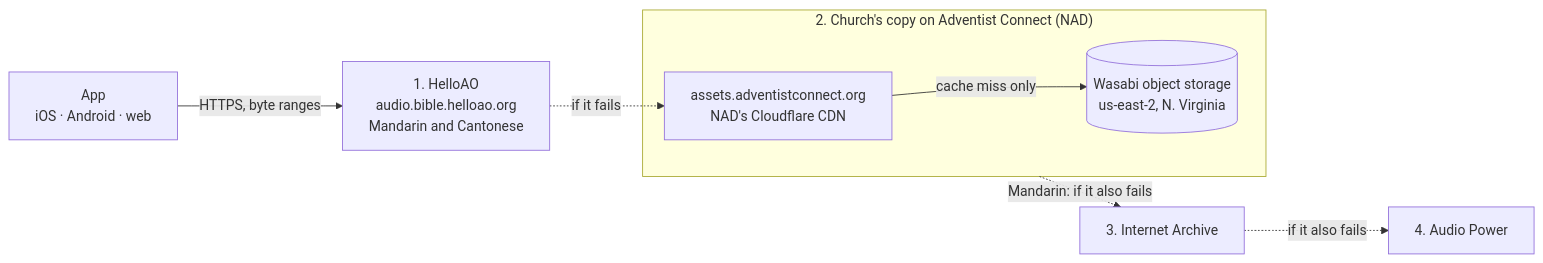
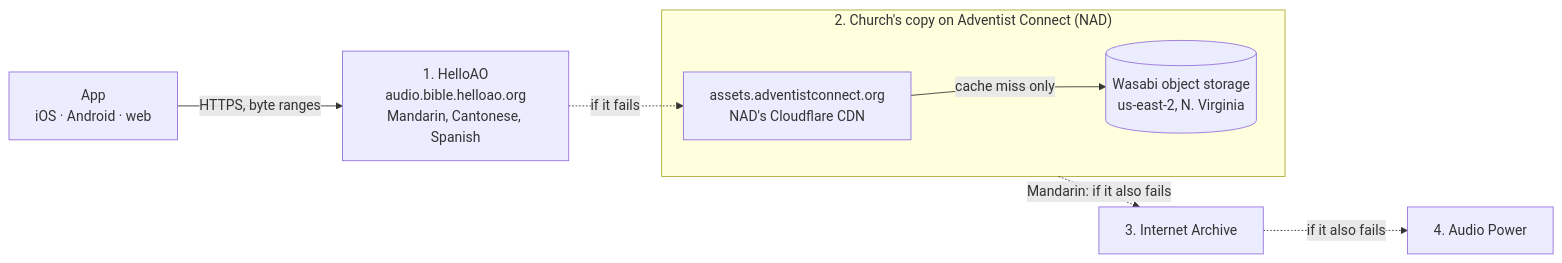
Before and after one commit to CodeSammich/sda-church-app: the diagram in docs/operations/adventist-connect-media.md, drawn with Mermaid. The commit also changed other lines of this file and 16 other files, not shown here.

First line of the commit message:
Watch HelloAO's Spanish audio, and say it plays first in the docs

````diff
--- a/docs/operations/adventist-connect-media.md
+++ b/docs/operations/adventist-connect-media.md
@@ -60,10 +60,10 @@
 ```mermaid
 flowchart LR
-  app[App<br/>iOS · Android · web] -- HTTPS, byte ranges --> helloao["1. HelloAO<br/>audio.bible.helloao.org<br/>Mandarin and Cantonese"]
+  app[App<br/>iOS · Android · web] -- HTTPS, byte ranges --> helloao["1. HelloAO<br/>audio.bible.helloao.org<br/>Mandarin, Cantonese, Spanish"]
   helloao -. "if it fails" .-> cdn
   subgraph church["2. Church's copy on Adventist Connect (NAD)"]
     cdn[assets.adventistconnect.org<br/>NAD's Cloudflare CDN] -- cache miss only --> wasabi[(Wasabi object storage<br/>us-east-2, N. Virginia)]
   end
   church -. "Mandarin: if it also fails" .-> ia["3. Internet Archive"]
   ia -. "if it also fails" .-> ap["4. Audio Power"]
 ```
````
